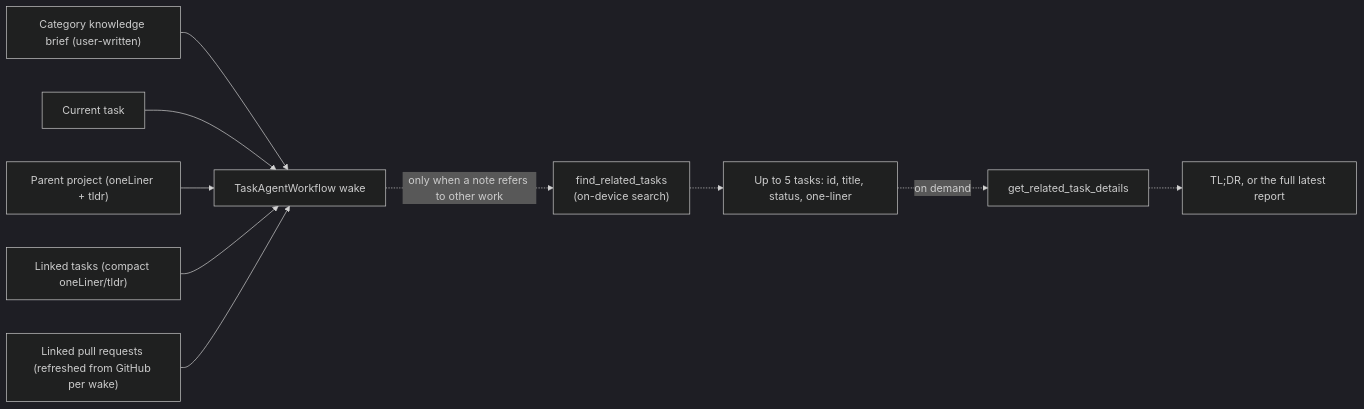
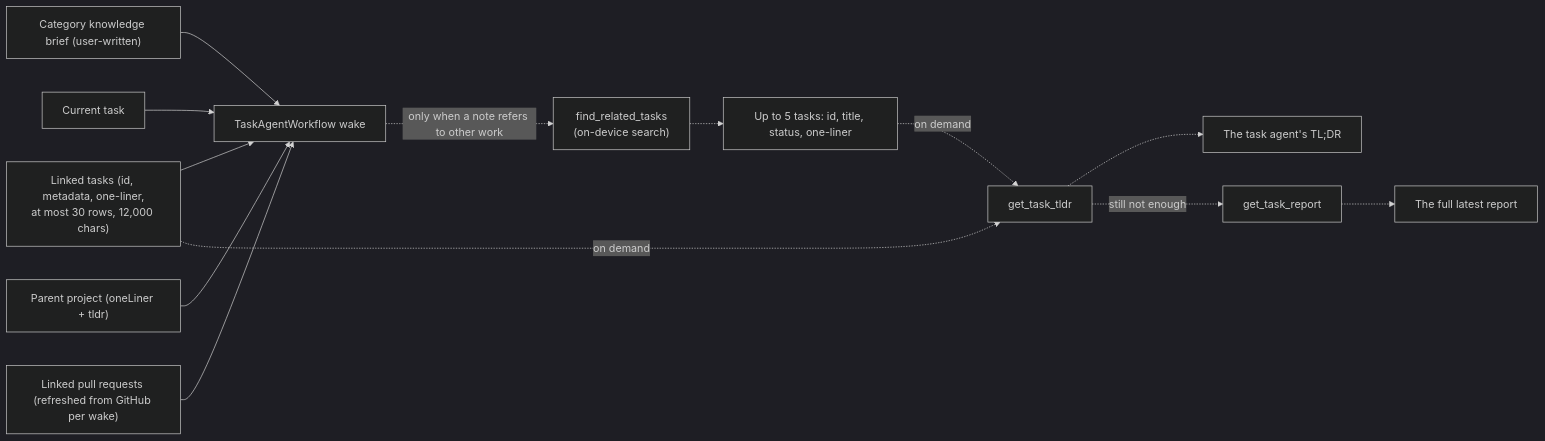
Before and after one commit to matthiasn/lotti: the fifth of 14 diagrams in knowledge/features/agents/task-agents.md, drawn with Mermaid (dark theme). The commit also changed other lines of this file and 32 other files, not shown here.

Commit message:
feat(agents): linked tasks reach the task agent as one-liners, TL;DR and report on demand (#4957)

````diff
--- a/knowledge/features/agents/task-agents.md
+++ b/knowledge/features/agents/task-agents.md
@@ -445,12 +454,15 @@
 ```mermaid
 flowchart LR
   Brief["Category knowledge brief (user-written)"] --> Wake["TaskAgentWorkflow wake"]
   Task["Current task"] --> Wake
   Project["Parent project (oneLiner + tldr)"] --> Wake
-  Linked["Linked tasks (compact oneLiner/tldr)"] --> Wake
+  Linked["Linked tasks (id, metadata, one-liner,<br/>at most 30 rows, 12,000 chars)"] --> Wake
   PRs["Linked pull requests (refreshed from GitHub per wake)"] --> Wake
   Wake -.->|only when a note refers to other work| Find["find_related_tasks<br/>(on-device search)"]
   Find -.-> Hits["Up to 5 tasks: id, title, status, one-liner"]
-  Hits -.->|on demand| Drill["get_related_task_details"]
-  Drill -.-> Summary["TL;DR, or the full latest report"]
+  Linked -.->|on demand| Tldr["get_task_tldr"]
+  Hits -.->|on demand| Tldr
+  Tldr -.-> Summary["The task agent's TL;DR"]
+  Tldr -.->|still not enough| Report["get_task_report"]
+  Report -.-> Full["The full latest report"]
 ```
````
